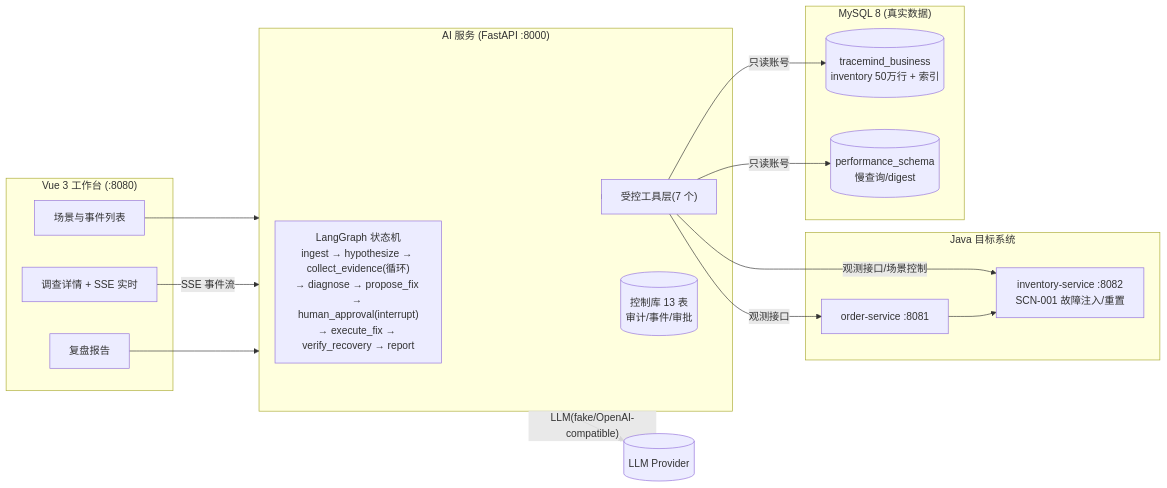
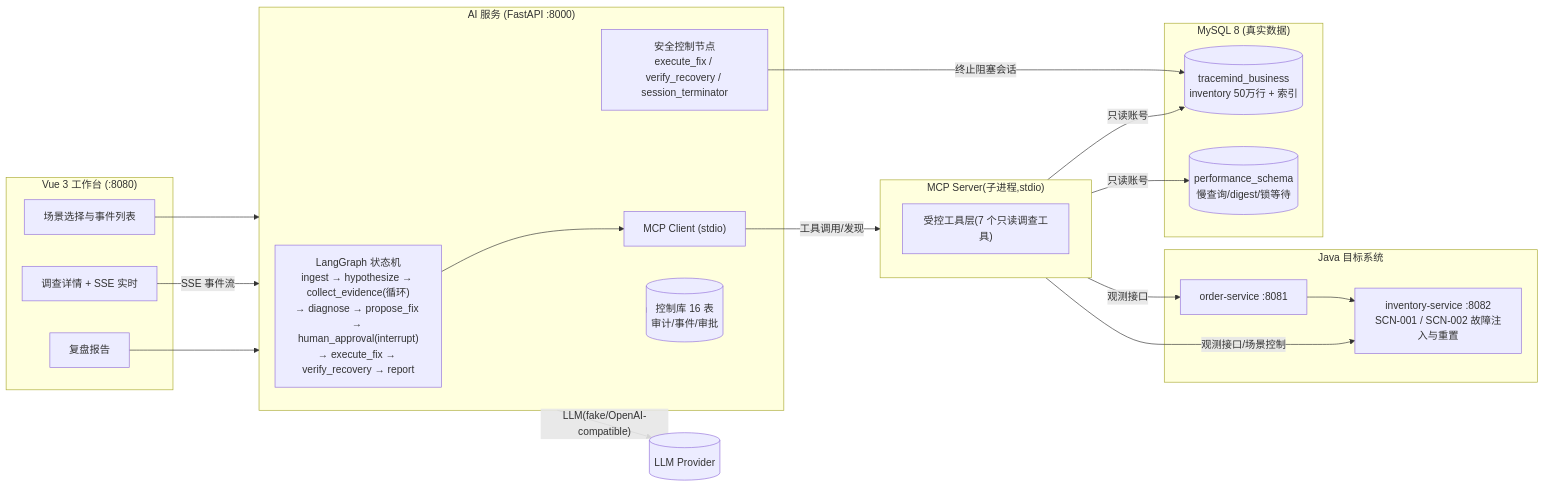
Before and after one commit to panpan330/tracemind: the diagram in README.md, drawn with Mermaid. The commit also changed other lines of this file, not shown here.

Commit message:
docs(readme): V1.3 — 双场景(SCN-001/SCN-002)、MCP 化、处置安全、回归流水线;修正 --tier 参数/表数/runbook 数

````diff
--- a/README.md
+++ b/README.md
@@ -11,36 +11,43 @@
 ```mermaid
 flowchart LR
   subgraph Web["Vue 3 工作台 (:8080)"]
-    L1[场景与事件列表]
+    L1[场景选择与事件列表]
     L2[调查详情 + SSE 实时]
     L3[复盘报告]
   end
 
   subgraph AI["AI 服务 (FastAPI :8000)"]
     G["LangGraph 状态机<br/>ingest → hypothesize → collect_evidence(循环)<br/>→ diagnose → propose_fix → human_approval(interrupt)<br/>→ execute_fix → verify_recovery → report"]
-    T["受控工具层(7 个)"]
-    DB2[("控制库 13 表<br/>审计/事件/审批")]
+    MCP["MCP Client (stdio)"]
+    CTRL["安全控制节点<br/>execute_fix / verify_recovery / session_terminator"]
+    DB2[("控制库 16 表<br/>审计/事件/审批")]
+  end
+
+  subgraph MCP_SERVER["MCP Server(子进程,stdio)"]
+    T["受控工具层(7 个只读调查工具)"]
   end
 
   subgraph Java["Java 目标系统"]
     O["order-service :8081"]
-    I["inventory-service :8082<br/>SCN-001 故障注入/重置"]
+    I["inventory-service :8082<br/>SCN-001 / SCN-002 故障注入与重置"]
   end
 
   subgraph Data["MySQL 8 (真实数据)"]
     DB1[("tracemind_business<br/>inventory 50万行 + 索引")]
-    PS[("performance_schema<br/>慢查询/digest")]
+    PS[("performance_schema<br/>慢查询/digest/锁等待")]
   end
 
   L1 --> AI
   L2 -- SSE 事件流 --> AI
   L3 --> AI
-  AI --> T
+  G --> MCP
+  MCP -- 工具调用/发现 --> MCP_SERVER
   AI <--> DB2
-  T -- 观测接口 --> O
-  T -- 观测接口/场景控制 --> I
+  CTRL -- 终止阻塞会话 --> DB1
+  MCP_SERVER -- 观测接口 --> O
+  MCP_SERVER -- 观测接口/场景控制 --> I
   O --> I
-  T -- 只读账号 --> DB1
-  T -- 只读账号 --> PS
+  MCP_SERVER -- 只读账号 --> DB1
+  MCP_SERVER -- 只读账号 --> PS
   AI -- LLM(fake/OpenAI-compatible) --> LLM[(LLM Provider)]
 ```
````
